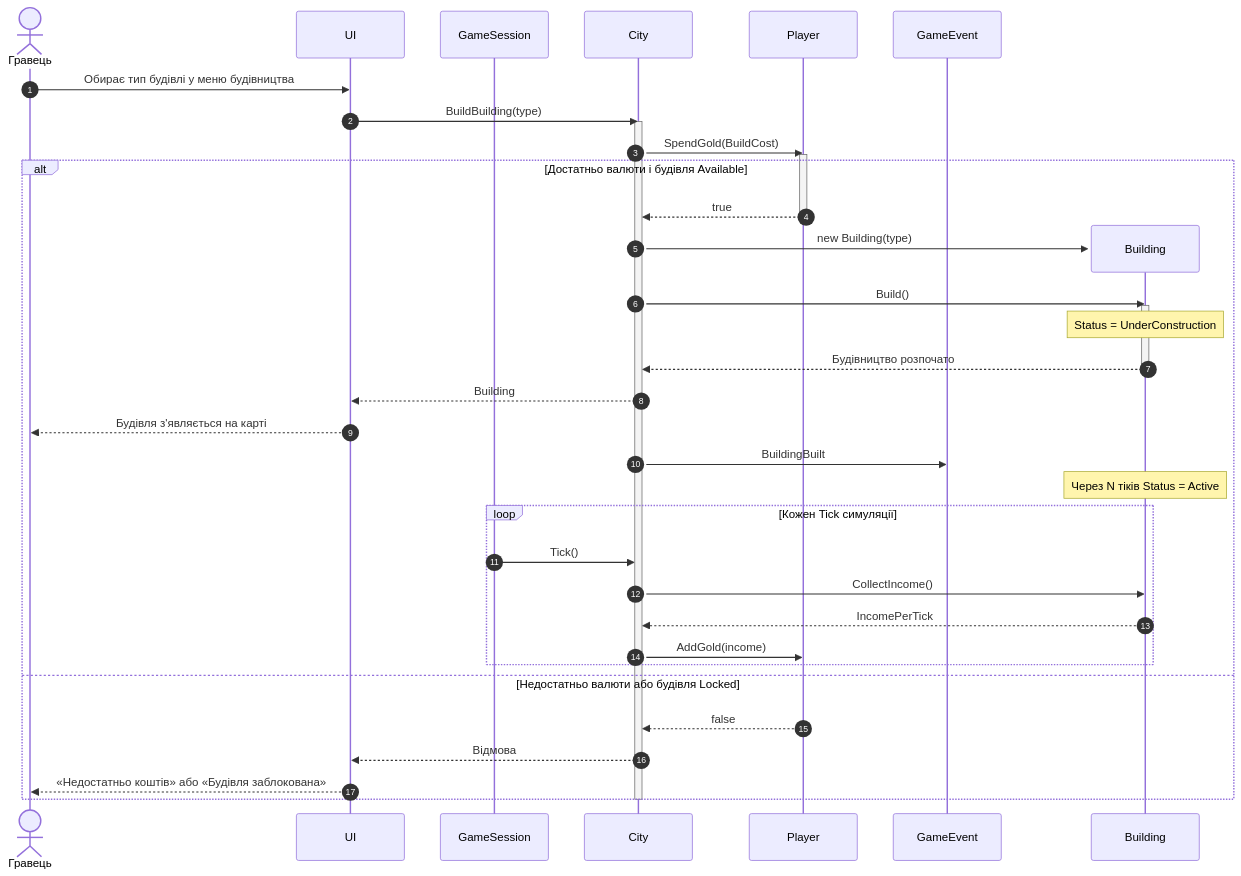
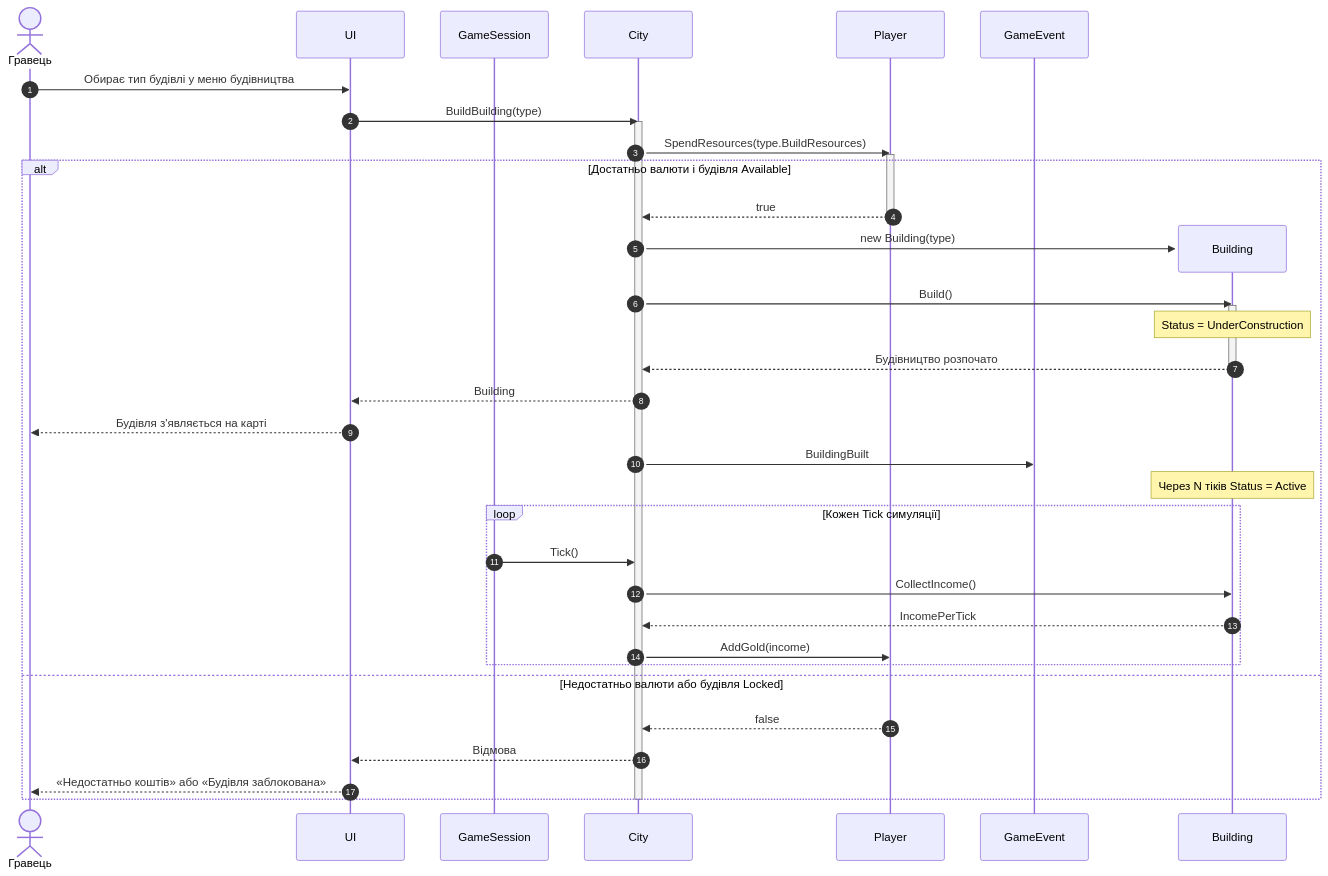
One commit to ACUT-Studio/project changed the third of 7 diagrams in Docs/UML_Sequence_Diagram.md. Above: the diagram before and after it, drawn with Mermaid. The commit also changed 44 other files, not shown here.

````diff
--- a/Docs/UML_Sequence_Diagram.md
+++ b/Docs/UML_Sequence_Diagram.md
@@ -103,42 +103,42 @@
 ```mermaid
 sequenceDiagram
     autonumber
     actor Гравець
     participant UI
     participant GS as GameSession
     participant City
     participant P as Player
     participant EV as GameEvent
 
     Гравець->>UI: Обирає тип будівлі у меню будівництва
     UI->>City: BuildBuilding(type)
     activate City
-    City->>P: SpendGold(BuildCost)
+    City->>P: SpendResources(type.BuildResources)
     activate P
     alt Достатньо валюти і будівля Available
         P-->>City: true
         deactivate P
         create participant B as Building
         City->>B: new Building(type)
         City->>B: Build()
         activate B
         Note over B: Status = UnderConstruction
         B-->>City: Будівництво розпочато
         deactivate B
         City-->>UI: Building
         UI-->>Гравець: Будівля з'являється на карті
         City->>EV: BuildingBuilt
         Note over B: Через N тіків Status = Active
         loop Кожен Tick симуляції
             GS->>City: Tick()
             City->>B: CollectIncome()
             B-->>City: IncomePerTick
             City->>P: AddGold(income)
         end
     else Недостатньо валюти або будівля Locked
         P-->>City: false
         City-->>UI: Відмова
         UI-->>Гравець: «Недостатньо коштів» або «Будівля заблокована»
     end
     deactivate City
 ```
````
